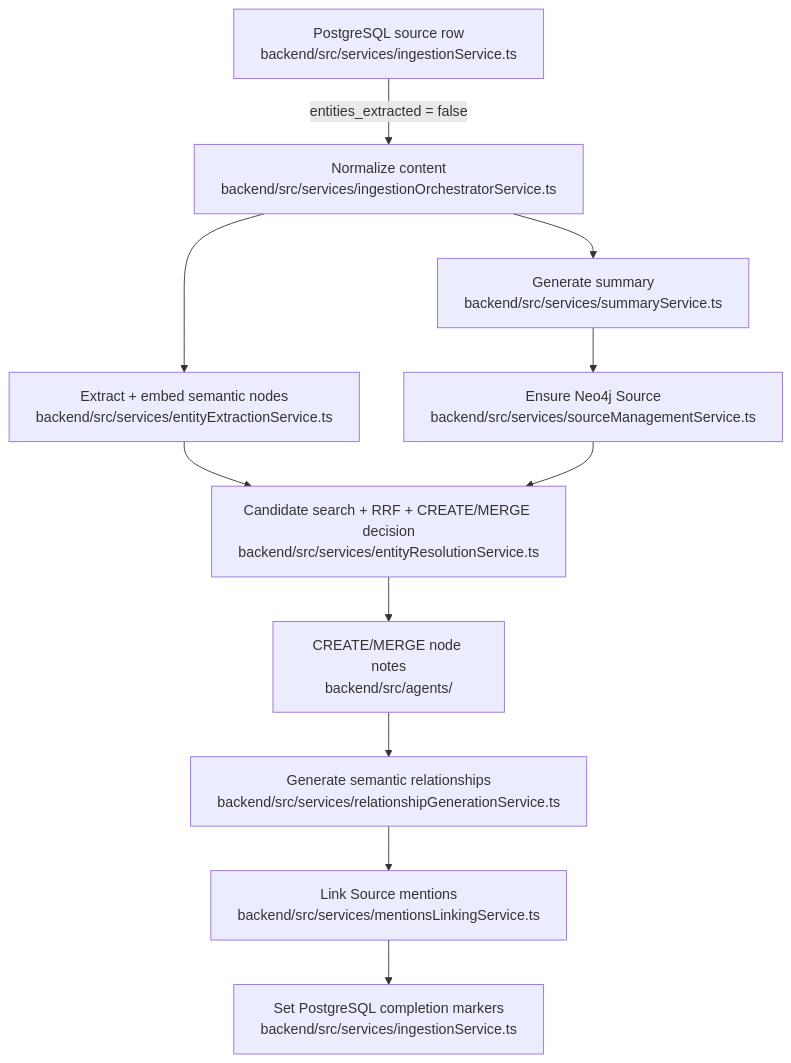
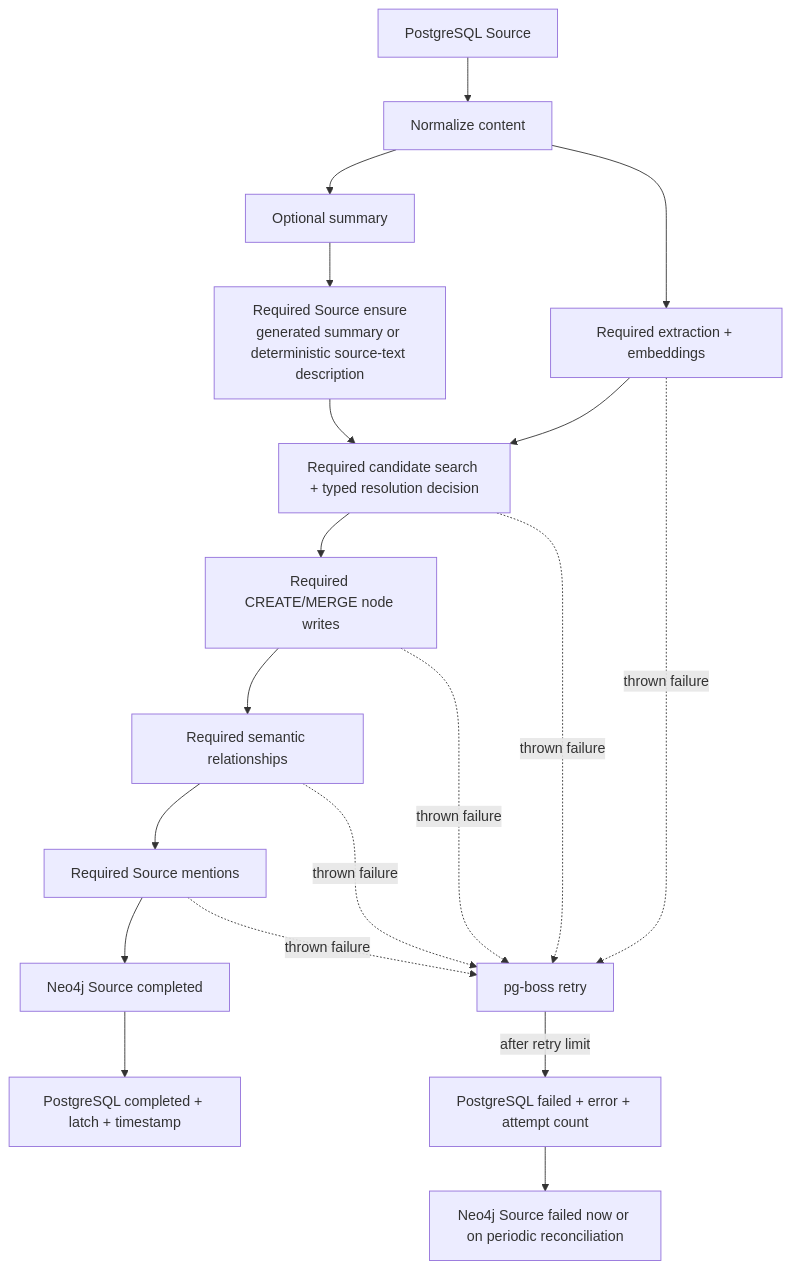
Before and after one commit to CaptainCrouton89/Saturn: the diagram in .crouter/memory/arch/ingestion-pipeline.md, drawn with Mermaid. The commit also changed other lines of this file and 22 other files, not shown here.

Commit message:
fix: preserve source ingestion failures

````diff
--- a/.crouter/memory/arch/ingestion-pipeline.md
+++ b/.crouter/memory/arch/ingestion-pipeline.md
@@ -55,13 +56,21 @@
 ```mermaid
 flowchart TD
-    A["PostgreSQL source row<br/>backend/src/services/ingestionService.ts"] -->|"entities_extracted = false"| B["Normalize content<br/>backend/src/services/ingestionOrchestratorService.ts"]
-    B --> C1["Generate summary<br/>backend/src/services/summaryService.ts"]
-    B --> C2["Extract + embed semantic nodes<br/>backend/src/services/entityExtractionService.ts"]
-    C1 --> D["Ensure Neo4j Source<br/>backend/src/services/sourceManagementService.ts"]
-    C2 --> E["Candidate search + RRF + CREATE/MERGE decision<br/>backend/src/services/entityResolutionService.ts"]
+    A["PostgreSQL Source"] --> B["Normalize content"]
+    B --> C1["Optional summary"]
+    B --> C2["Required extraction + embeddings"]
+    C1 --> D["Required Source ensure<br/>generated summary or deterministic source-text description"]
+    C2 --> E["Required candidate search + typed resolution decision"]
     D --> E
-    E --> F1["CREATE/MERGE node notes<br/>backend/src/agents/"]
-    F1 --> F2["Generate semantic relationships<br/>backend/src/services/relationshipGenerationService.ts"]
-    F2 --> G["Link Source mentions<br/>backend/src/services/mentionsLinkingService.ts"]
-    G --> H["Set PostgreSQL completion markers<br/>backend/src/services/ingestionService.ts"]
+    E --> F["Required CREATE/MERGE node writes"]
+    F --> G["Required semantic relationships"]
+    G --> H["Required Source mentions"]
+    H --> I["Neo4j Source completed"]
+    I --> J["PostgreSQL completed + latch + timestamp"]
+    C2 -. thrown failure .-> R["pg-boss retry"]
+    E -. thrown failure .-> R
+    F -. thrown failure .-> R
+    G -. thrown failure .-> R
+    H -. thrown failure .-> R
+    R -->|"after retry limit"| X["PostgreSQL failed + error + attempt count"]
+    X --> Y["Neo4j Source failed now or on periodic reconciliation"]
 ```
````
